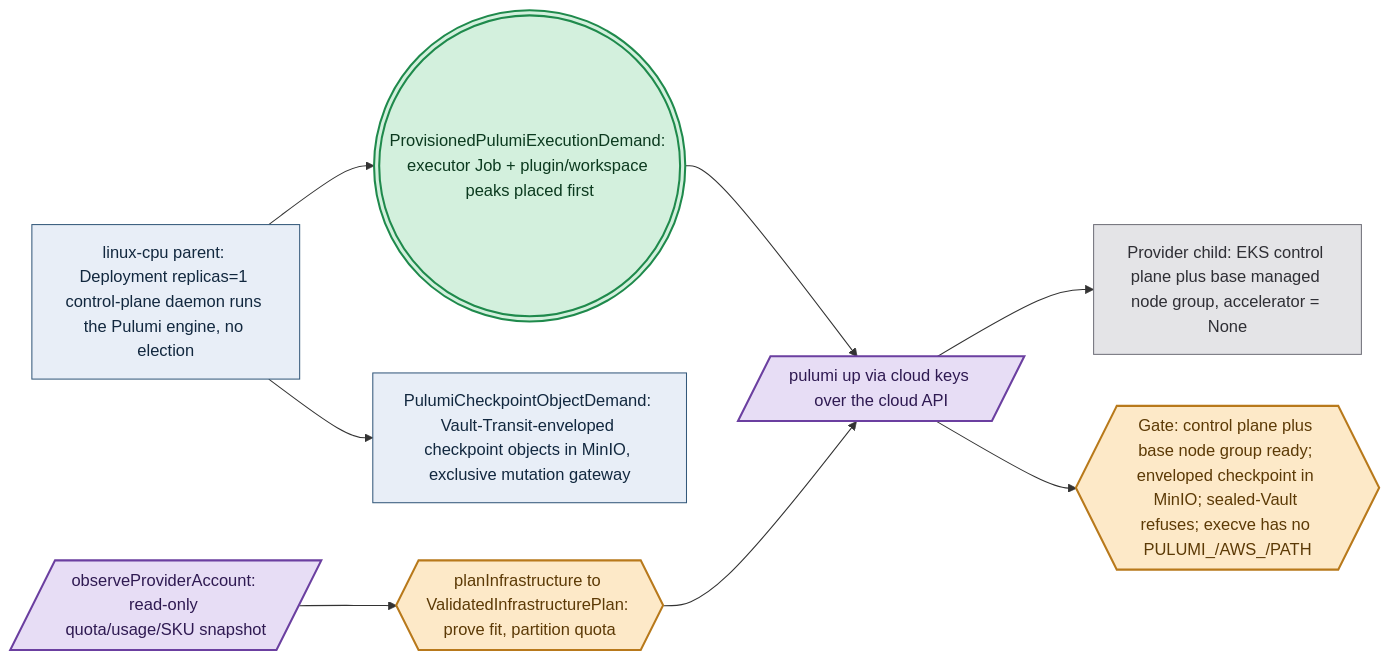
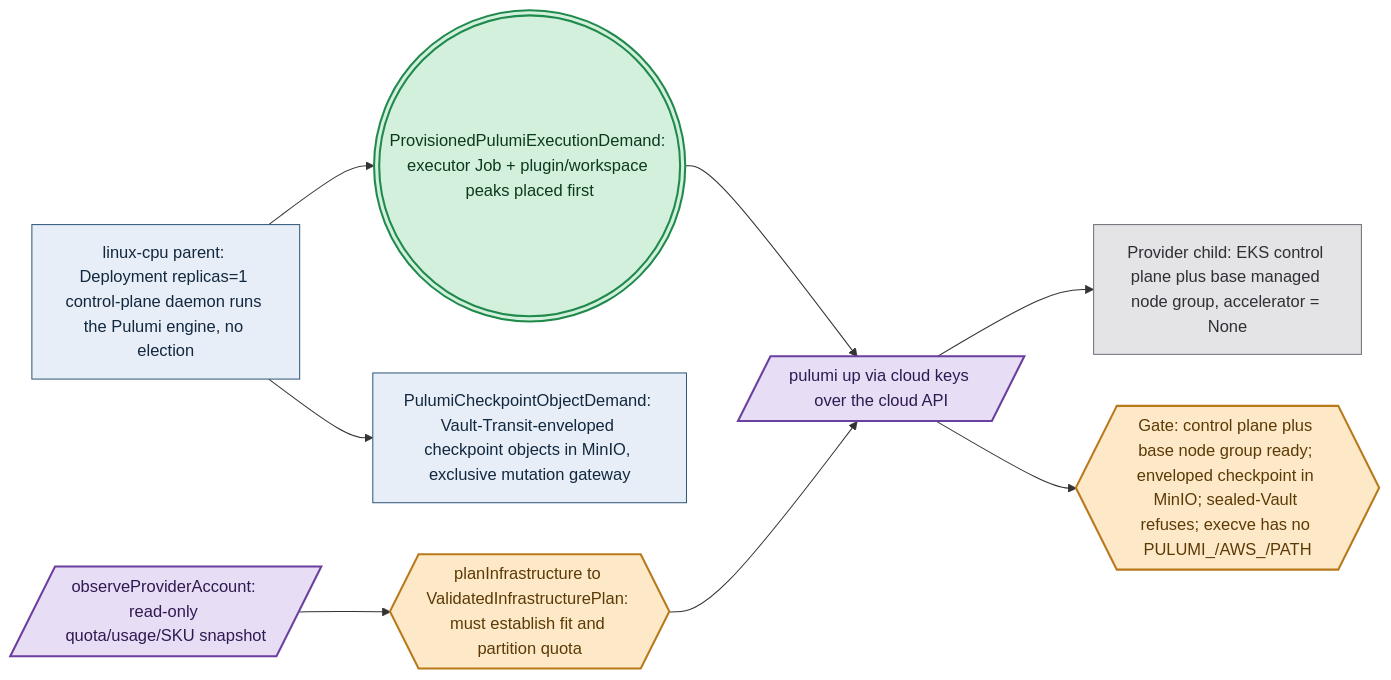
One commit to Tuee22/amoebius changed the diagram in DEVELOPMENT_PLAN/phase_76_provider_deploy_checkpoint.md. Above: the diagram before and after it, drawn with Mermaid. The commit also changed other lines of this file and 219 other files, not shown here.

````diff
--- a/DEVELOPMENT_PLAN/phase_76_provider_deploy_checkpoint.md
+++ b/DEVELOPMENT_PLAN/phase_76_provider_deploy_checkpoint.md
@@ -133,16 +103,16 @@
 ```mermaid
 flowchart LR
 %% register: algebra
   parent["linux-cpu parent: Deployment replicas=1 control-plane daemon runs the Pulumi engine, no election"]:::intent --> exec((("ProvisionedPulumiExecutionDemand: executor Job + plugin/workspace peaks placed first"))):::seal
   exec --> deploy[/"pulumi up via cloud keys over the cloud API"/]:::effect
   parent --> backend["PulumiCheckpointObjectDemand: Vault-Transit-enveloped checkpoint objects in MinIO, exclusive mutation gateway"]:::intent
   deploy --> eks["Provider child: EKS control plane plus base managed node group, accelerator = None"]:::runtime
-  observe[/"observeProviderAccount: read-only quota/usage/SKU snapshot"/]:::effect --> validate{{"planInfrastructure to ValidatedInfrastructurePlan: prove fit, partition quota"}}:::gate
+  observe[/"observeProviderAccount: read-only quota/usage/SKU snapshot"/]:::effect --> validate{{"planInfrastructure to ValidatedInfrastructurePlan: must establish fit and partition quota"}}:::gate
   validate --> deploy
   deploy --> gate{{"Gate: control plane plus base node group ready; enveloped checkpoint in MinIO; sealed-Vault refuses; execve has no PULUMI_/AWS_/PATH"}}:::gate
   classDef intent   fill:#e8eef7,stroke:#33587a,color:#12283f,stroke-width:1px
   classDef gate     fill:#fde9c8,stroke:#b8791b,color:#5c3a06,stroke-width:2px
   classDef effect   fill:#e7ddf5,stroke:#6b3fa0,color:#2f1a52,stroke-width:2px
   classDef seal     fill:#d3f0dd,stroke:#1f8a4c,color:#0c3a1f,stroke-width:2px
   classDef runtime  fill:#e4e4e7,stroke:#71717a,color:#2f2f35,stroke-width:1px
 ```
````
